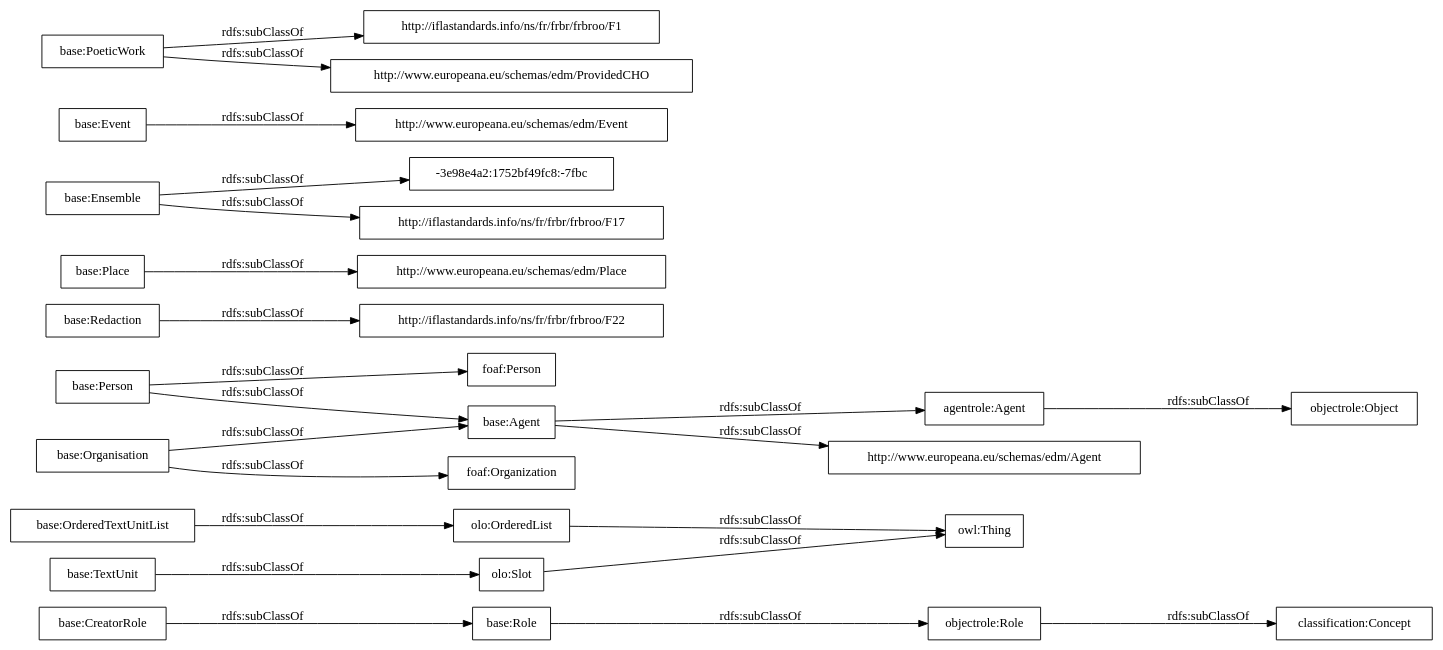
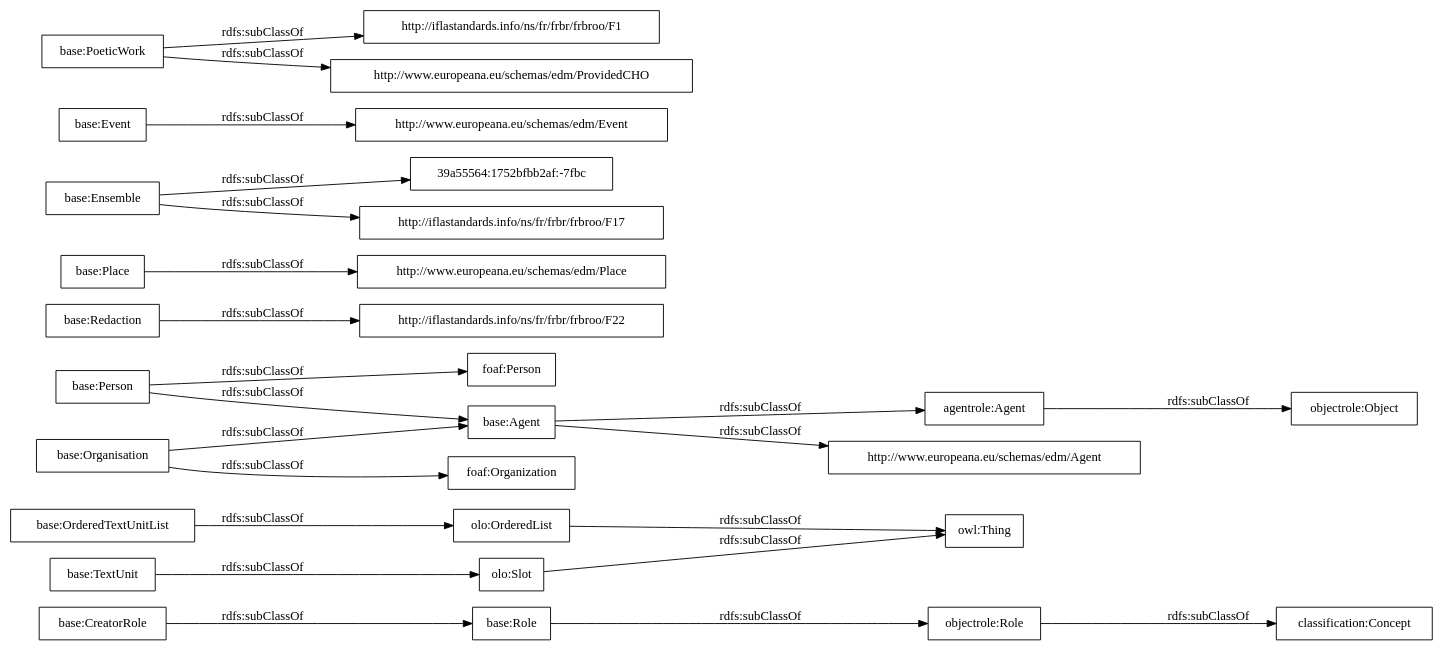
The diagram in OnToology/postdata-core.owl/diagrams/ar2dtool-taxonomy/postdata-core.owl.png.dot (OnToologyUser/core-ontology-1), drawn with Graphviz before and after one commit. The commit also changed 14 other files, not shown here.

```diff
--- a/OnToology/postdata-core.owl/diagrams/ar2dtool-taxonomy/postdata-core.owl.png.dot
+++ b/OnToology/postdata-core.owl/diagrams/ar2dtool-taxonomy/postdata-core.owl.png.dot
@@ -1,27 +1,27 @@
 digraph ar2dtool_diagram { 
 rankdir=LR;
 size="1000"
-node [shape = rectangle, color="black"]; "base:Role" "base:OrderedTextUnitList" "agentrole:Agent" "http://iflastandards.info/ns/fr/frbr/frbroo/F22" "http://www.europeana.eu/schemas/edm/Agent" "base:Agent" "base:CreatorRole" "base:Person" "base:Organisation" "http://www.europeana.eu/schemas/edm/Place" "base:Redaction" "foaf:Person" "base:Ensemble" "http://www.europeana.eu/schemas/edm/Event" "base:TextUnit" "http://iflastandards.info/ns/fr/frbr/frbroo/F1" "foaf:Organization" "http://www.europeana.eu/schemas/edm/ProvidedCHO" "base:Place" "-3e98e4a2:1752bf49fc8:-7fbc" "base:Event" "base:PoeticWork" "http://iflastandards.info/ns/fr/frbr/frbroo/F17" "owl:Thing" "objectrole:Role" "objectrole:Object" "olo:Slot" "olo:OrderedList" "classification:Concept" ; /*classes style*/
+node [shape = rectangle, color="black"]; "base:Role" "base:OrderedTextUnitList" "agentrole:Agent" "http://iflastandards.info/ns/fr/frbr/frbroo/F22" "http://www.europeana.eu/schemas/edm/Agent" "base:Agent" "base:CreatorRole" "base:Person" "base:Organisation" "http://www.europeana.eu/schemas/edm/Place" "base:Redaction" "foaf:Person" "base:Ensemble" "http://www.europeana.eu/schemas/edm/Event" "base:TextUnit" "http://iflastandards.info/ns/fr/frbr/frbroo/F1" "foaf:Organization" "http://www.europeana.eu/schemas/edm/ProvidedCHO" "base:Place" "base:Event" "39a55564:1752bfbb2af:-7fbc" "base:PoeticWork" "http://iflastandards.info/ns/fr/frbr/frbroo/F17" "owl:Thing" "objectrole:Role" "objectrole:Object" "olo:Slot" "olo:OrderedList" "classification:Concept" ; /*classes style*/
 	"base:Redaction" -> "http://iflastandards.info/ns/fr/frbr/frbroo/F22" [ label = "rdfs:subClassOf" ];
 	"base:Role" -> "objectrole:Role" [ label = "rdfs:subClassOf" ];
 	"base:Event" -> "http://www.europeana.eu/schemas/edm/Event" [ label = "rdfs:subClassOf" ];
 	"base:Person" -> "foaf:Person" [ label = "rdfs:subClassOf" ];
 	"base:Person" -> "base:Agent" [ label = "rdfs:subClassOf" ];
 	"olo:OrderedList" -> "owl:Thing" [ label = "rdfs:subClassOf" ];
 	"olo:Slot" -> "owl:Thing" [ label = "rdfs:subClassOf" ];
 	"base:PoeticWork" -> "http://www.europeana.eu/schemas/edm/ProvidedCHO" [ label = "rdfs:subClassOf" ];
 	"base:PoeticWork" -> "http://iflastandards.info/ns/fr/frbr/frbroo/F1" [ label = "rdfs:subClassOf" ];
 	"base:TextUnit" -> "olo:Slot" [ label = "rdfs:subClassOf" ];
 	"agentrole:Agent" -> "objectrole:Object" [ label = "rdfs:subClassOf" ];
-	"base:Ensemble" -> "-3e98e4a2:1752bf49fc8:-7fbc" [ label = "rdfs:subClassOf" ];
+	"base:Ensemble" -> "39a55564:1752bfbb2af:-7fbc" [ label = "rdfs:subClassOf" ];
 	"base:Ensemble" -> "http://iflastandards.info/ns/fr/frbr/frbroo/F17" [ label = "rdfs:subClassOf" ];
 	"base:OrderedTextUnitList" -> "olo:OrderedList" [ label = "rdfs:subClassOf" ];
 	"base:Agent" -> "agentrole:Agent" [ label = "rdfs:subClassOf" ];
 	"base:Agent" -> "http://www.europeana.eu/schemas/edm/Agent" [ label = "rdfs:subClassOf" ];
 	"objectrole:Role" -> "classification:Concept" [ label = "rdfs:subClassOf" ];
 	"base:Place" -> "http://www.europeana.eu/schemas/edm/Place" [ label = "rdfs:subClassOf" ];
 	"base:Organisation" -> "foaf:Organization" [ label = "rdfs:subClassOf" ];
 	"base:Organisation" -> "base:Agent" [ label = "rdfs:subClassOf" ];
 	"base:CreatorRole" -> "base:Role" [ label = "rdfs:subClassOf" ];
 
 }
```
